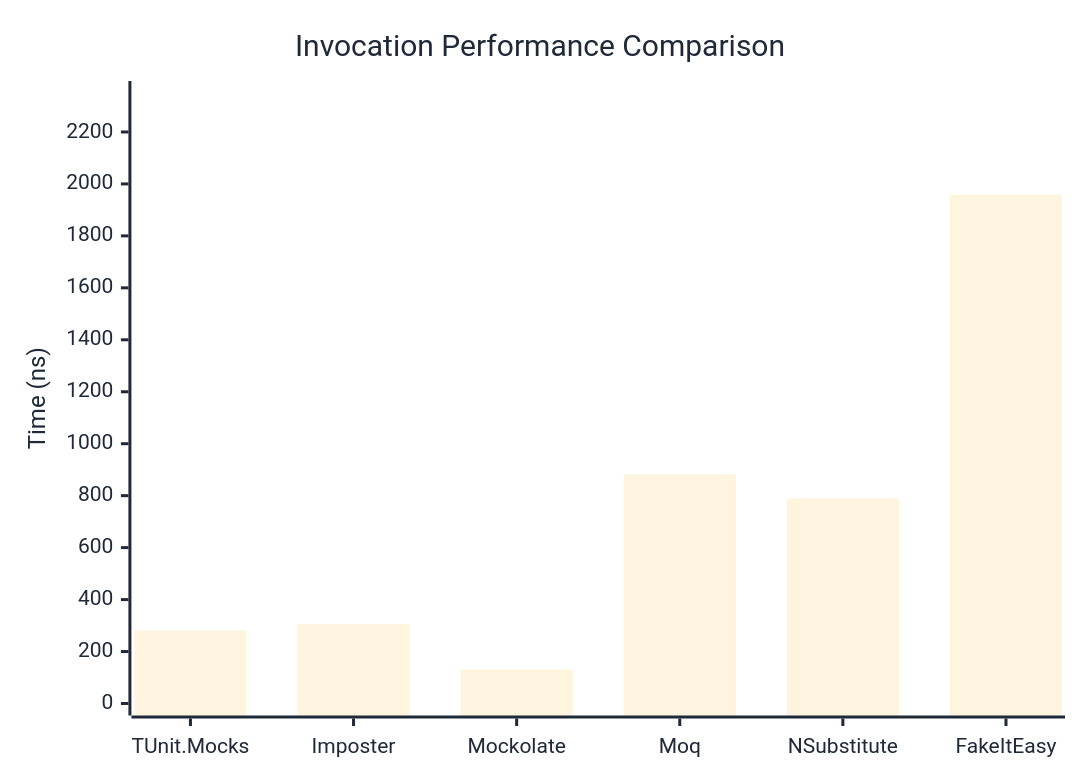
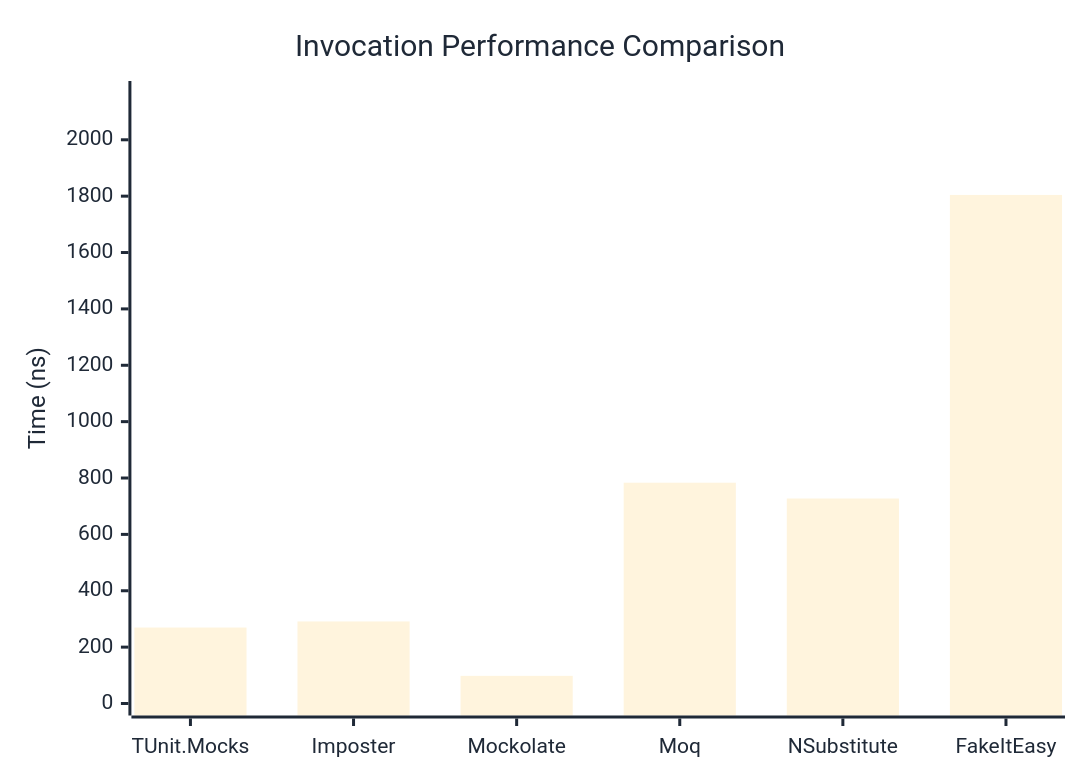
Before and after one commit to thomhurst/TUnit: the first of 3 diagrams in docs/docs/benchmarks/mocks/Invocation.md, drawn with Mermaid. The commit also changed other lines of this file and 14 other files, not shown here.

````diff
--- a/docs/docs/benchmarks/mocks/Invocation.md
+++ b/docs/docs/benchmarks/mocks/Invocation.md
@@ -30,27 +30,27 @@
 ```mermaid
 %%{init: {
   'theme':'base',
   'themeVariables': {
     'primaryColor': '#2563eb',
     'primaryTextColor': '#1f2937',
     'primaryBorderColor': '#1e40af',
     'lineColor': '#6b7280',
     'secondaryColor': '#7c3aed',
     'tertiaryColor': '#dc2626',
     'background': '#ffffff',
     'pie1': '#2563eb',
     'pie2': '#7c3aed',
     'pie3': '#dc2626',
     'pie4': '#f59e0b',
     'pie5': '#10b981',
     'pie6': '#06b6d4',
     'pie7': '#ec4899',
     'pie8': '#6366f1'
   }
 }}%%
 xychart-beta
   title "Invocation Performance Comparison"
   x-axis ["TUnit.Mocks", "Imposter", "Mockolate", "Moq", "NSubstitute", "FakeItEasy"]
-  y-axis "Time (ns)" 0 --> 2350
-  bar [280.9, 306.3, 130.9, 880.6, 789.1, 1958.3]
+  y-axis "Time (ns)" 0 --> 2166
+  bar [269.55, 291.17, 98.13, 783.41, 727.26, 1804.38]
 ```
````
